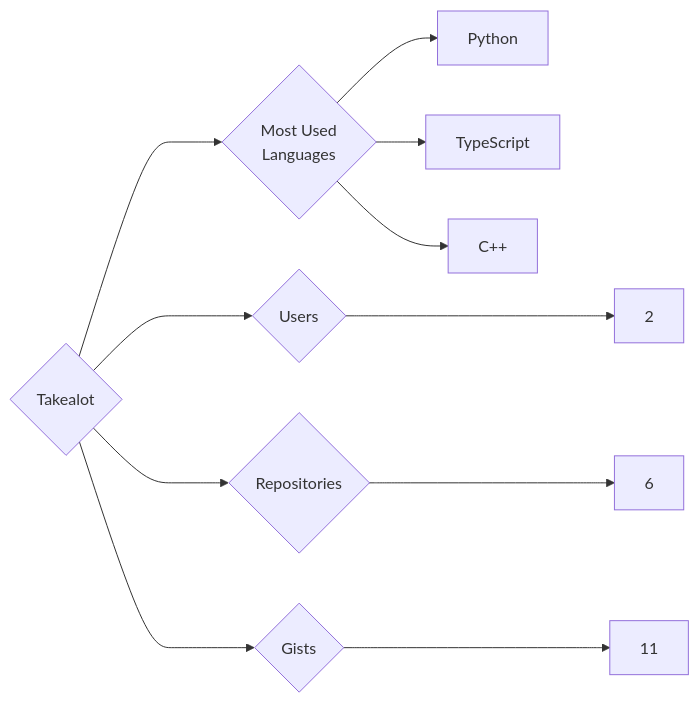
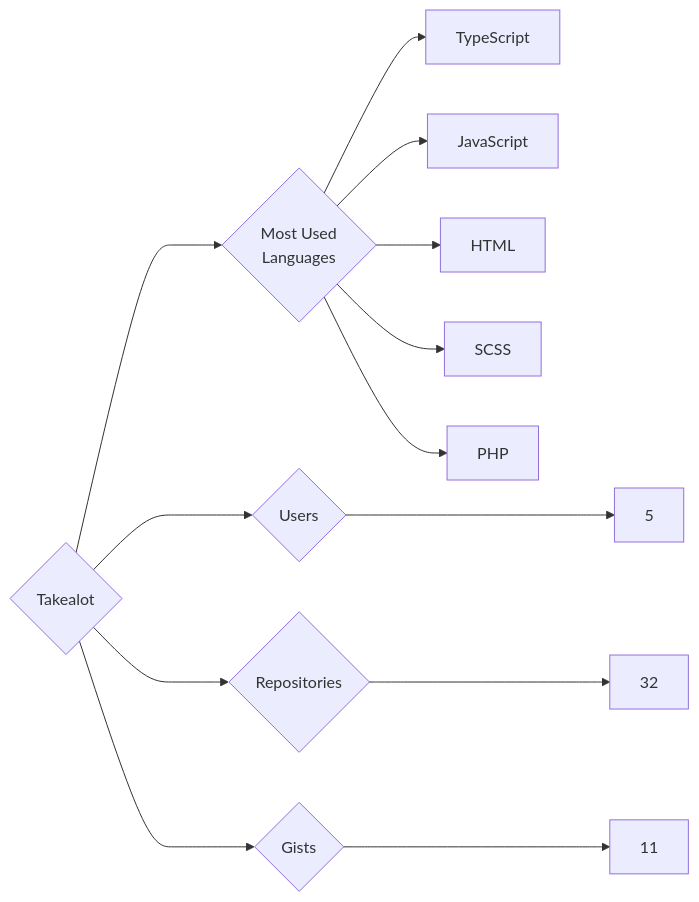
Before and after one commit to trickest/insiders: the diagram in targets/Takealot/README.md, drawn with Mermaid. The commit also changed 1696 other files, not shown here.

````diff
--- a/targets/Takealot/README.md
+++ b/targets/Takealot/README.md
@@ -3,11 +3,13 @@
 ```mermaid
 graph LR
 COMPANY_NAME{Takealot}
-COMPANY_NAME ---> U{Users} ---> UN[2]
-COMPANY_NAME ---> R{Repositories} ---> RN[6]
+COMPANY_NAME ---> U{Users} ---> UN[5]
+COMPANY_NAME ---> R{Repositories} ---> RN[32]
 COMPANY_NAME ---> G{Gists} ---> GN[11]
 COMPANY_NAME ---> ML{Most Used<br>Languages}
-ML --> Python[Python]
 ML --> TypeScript[TypeScript]
-ML --> C++[C++]
+ML --> JavaScript[JavaScript]
+ML --> HTML[HTML]
+ML --> SCSS[SCSS]
+ML --> PHP[PHP]
 ```
````
